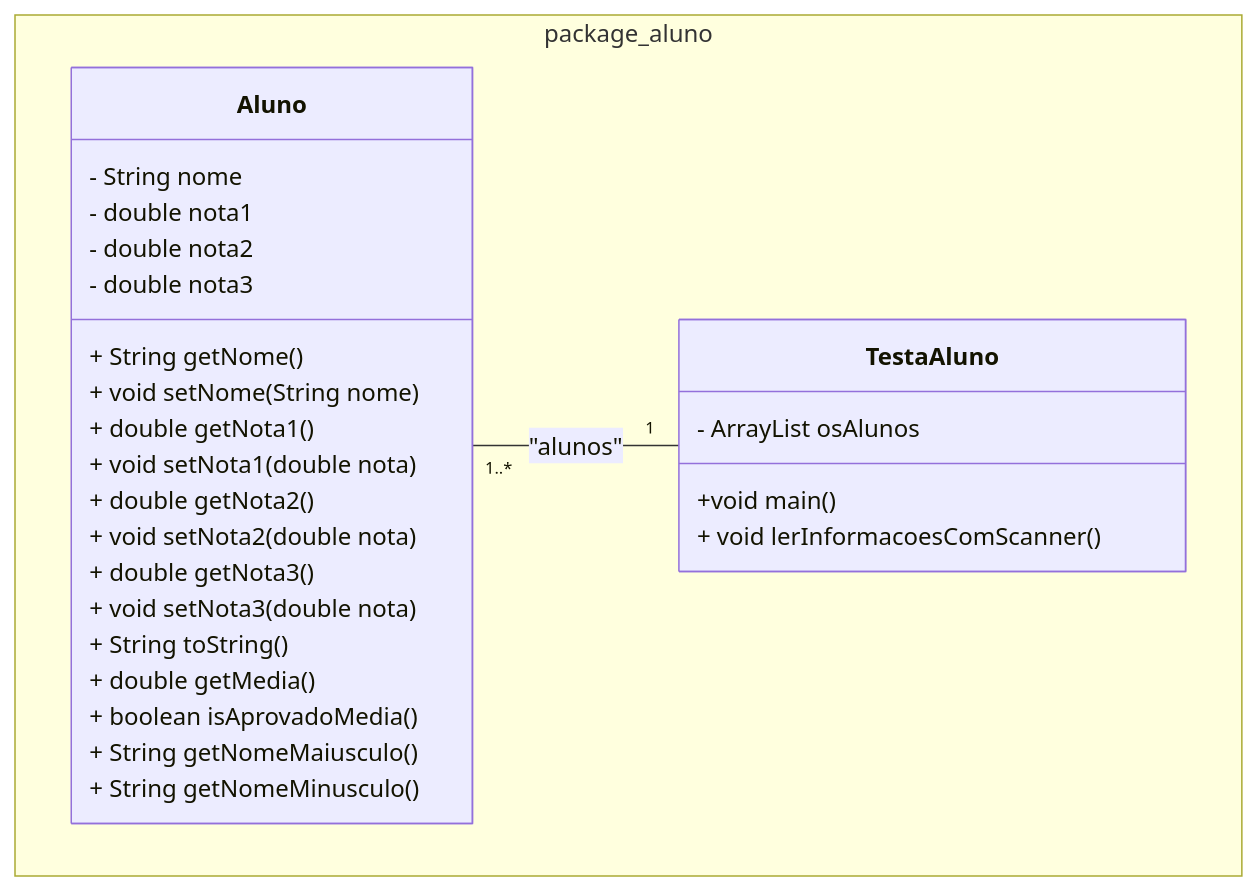
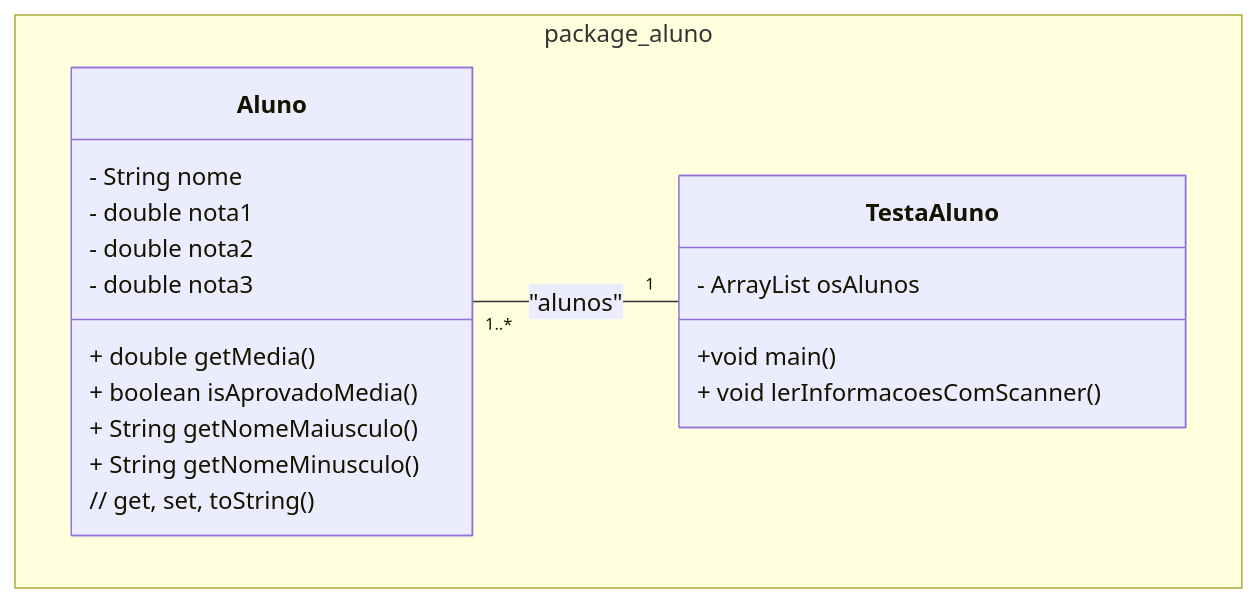
Before and after one commit to ap3ufersa/ap3_2024.3_xicoArruda: the diagram in unidade1/aula4.md, drawn with Mermaid. The commit also changed 1 other file, not shown here.

Commit message:
Ajustando graficos

````diff
--- a/unidade1/aula4.md
+++ b/unidade1/aula4.md
@@ -9,31 +9,23 @@
 ```mermaid
 classDiagram
     namespace package_aluno {
         class Aluno {
             - String nome
             - double nota1
             - double nota2
             - double nota3
-            + String getNome()
-            + void setNome(String nome)
-            + double getNota1()
-            + void setNota1(double nota)
-            + double getNota2()
-            + void setNota2(double nota)
-            + double getNota3()
-            + void setNota3(double nota)
-            + String toString()
             + double getMedia()
             + boolean isAprovadoMedia()
             + String getNomeMaiusculo()
             + String getNomeMinusculo()
+            // get, set, toString()
         }
 
         class TestaAluno {
             +void main()
             - ArrayList<Aluno> osAlunos
             + void lerInformacoesComScanner()
         }
     }
     Aluno "1..*" -- "1" TestaAluno : "alunos"
 ```
````
